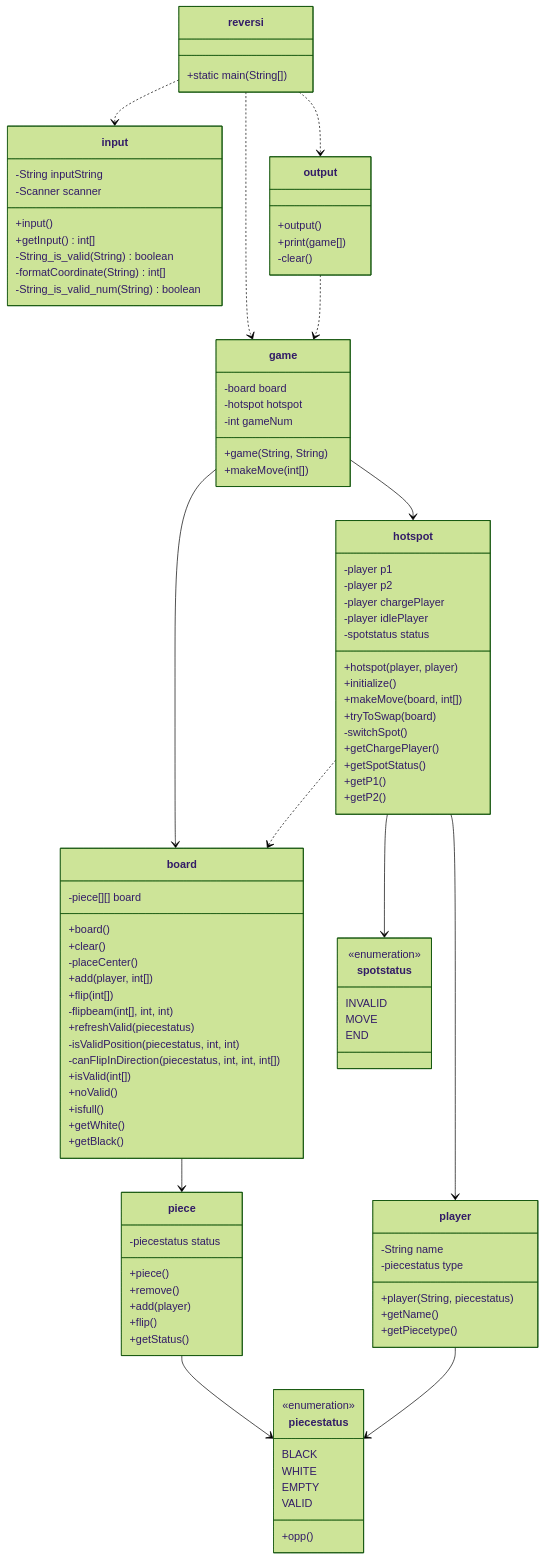
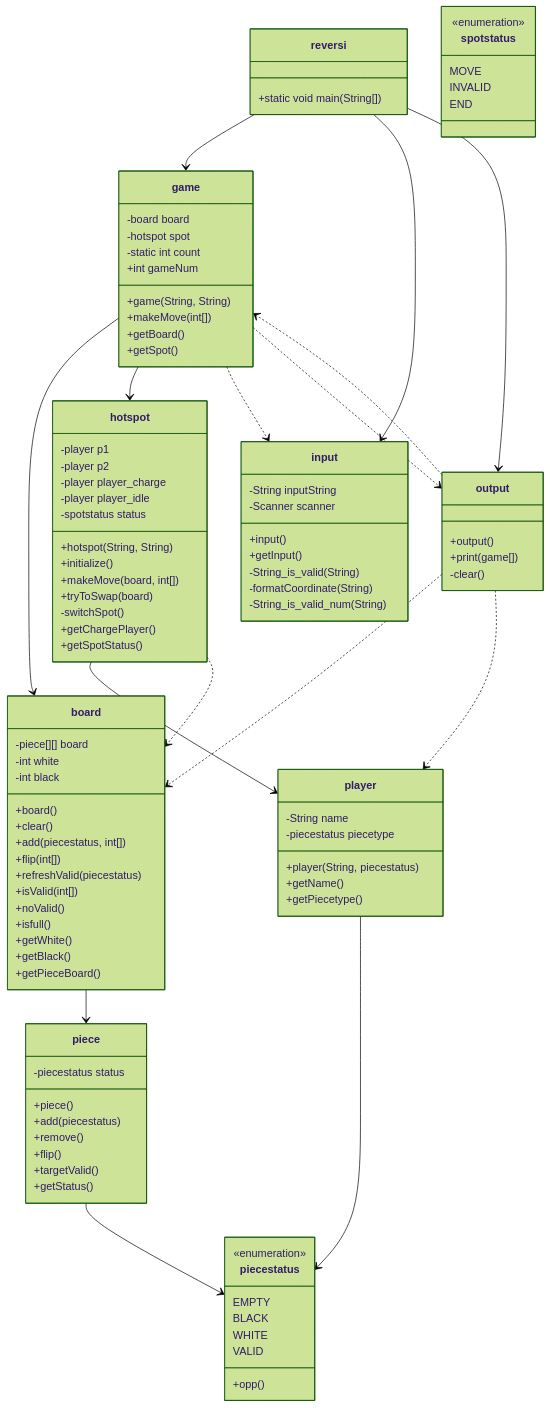
One commit to zhao-jingyan/reversi changed the diagram in README.md. Above: the diagram before and after it, drawn with Mermaid (forest theme). The commit also changed other lines of this file and 30 other files, not shown here.

````diff
--- a/README.md
+++ b/README.md
@@ -142,17 +144,99 @@
 ```mermaid
 classDiagram
+    %% 主类
     class reversi {
-        +static main(String[])
+        +static void main(String[])
     }
 
+    %% 核心游戏逻辑
+    class game {
+        -board board
+        -hotspot spot
+        -static int count
+        +int gameNum
+        +game(String, String)
+        +makeMove(int[])
+        +getBoard()
+        +getSpot()
+    }
+
+    class hotspot {
+        -player p1
+        -player p2
+        -player player_charge
+        -player player_idle
+        -spotstatus status
+        +hotspot(String, String)
+        +initialize()
+        +makeMove(board, int[])
+        +tryToSwap(board)
+        -switchSpot()
+        +getChargePlayer()
+        +getSpotStatus()
+    }
+
+    class spotstatus {
+        <<enumeration>>
+        MOVE
+        INVALID
+        END
+    }
+
+    %% 棋盘管理
+    class board {
+        -piece[][] board
+        -int white
+        -int black
+        +board()
+        +clear()
+        +add(piecestatus, int[])
+        +flip(int[])
+        +refreshValid(piecestatus)
+        +isValid(int[])
+        +noValid()
+        +isfull()
+        +getWhite()
+        +getBlack()
+        +getPieceBoard()
+    }
+
+    class piece {
+        -piecestatus status
+        +piece()
+        +add(piecestatus)
+        +remove()
+        +flip()
+        +targetValid()
+        +getStatus()
+    }
+
+    class piecestatus {
+        <<enumeration>>
+        EMPTY
+        BLACK
+        WHITE
+        VALID
+        +opp()
+    }
+
+    %% 玩家管理
+    class player {
+        -String name
+        -piecestatus piecetype
+        +player(String, piecestatus)
+        +getName()
+        +getPiecetype()
+    }
+
+    %% 用户界面
     class input {
         -String inputString
         -Scanner scanner
         +input()
-        +getInput() int[]
-        -String_is_valid(String) boolean
-        -formatCoordinate(String) int[]
-        -String_is_valid_num(String) boolean
+        +getInput()
+        -String_is_valid(String)
+        -formatCoordinate(String)
+        -String_is_valid_num(String)
     }
 
     class output {
@@ -161,92 +245,20 @@
         -clear()
     }
 
-    class game {
-        -board board
-        -hotspot hotspot
-        -int gameNum
-        +game(String, String)
-        +makeMove(int[])
-    }
-
-    class board {
-        -piece[][] board
-        +board()
-        +clear()
-        -placeCenter()
-        +add(player, int[])
-        +flip(int[])
-        -flipbeam(int[], int, int)
-        +refreshValid(piecestatus)
-        -isValidPosition(piecestatus, int, int)
-        -canFlipInDirection(piecestatus, int, int, int[])
-        +isValid(int[])
-        +noValid()
-        +isfull()
-        +getWhite()
-        +getBlack()
-    }
-
-    class piece {
-        -piecestatus status
-        +piece()
-        +remove()
-        +add(player)
-        +flip()
-        +getStatus()
-    }
-
-    class piecestatus {
-        <<enumeration>>
-        BLACK
-        WHITE
-        EMPTY
-        VALID
-        +opp()
-    }
-
-    class player {
-        -String name
-        -piecestatus type
-        +player(String, piecestatus)
-        +getName()
-        +getPiecetype()
-    }
-
-    class hotspot {
-        -player p1
-        -player p2
-        -player chargePlayer
-        -player idlePlayer
-        -spotstatus status
-        +hotspot(player, player)
-        +initialize()
-        +makeMove(board, int[])
-        +tryToSwap(board)
-        -switchSpot()
-        +getChargePlayer()
-        +getSpotStatus()
-        +getP1()
-        +getP2()
-    }
-
-    class spotstatus {
-        <<enumeration>>
-        INVALID
-        MOVE
-        END
-    }
-
-    reversi ..> input
-    reversi ..> output
-    reversi ..> game
-    output ..> game
+    %% 关系定义
+    reversi --> game
+    reversi --> input
+    reversi --> output
     game --> board
     game --> hotspot
     board --> piece
+    hotspot --> player
+    player --> piecestatus
     piece --> piecestatus
-    player --> piecestatus
-    hotspot --> player
-    hotspot --> spotstatus
     hotspot ..> board
+    output ..> game
+    output ..> board
+    output ..> player
+    game ..> input
+    game ..> output
 ```
````
